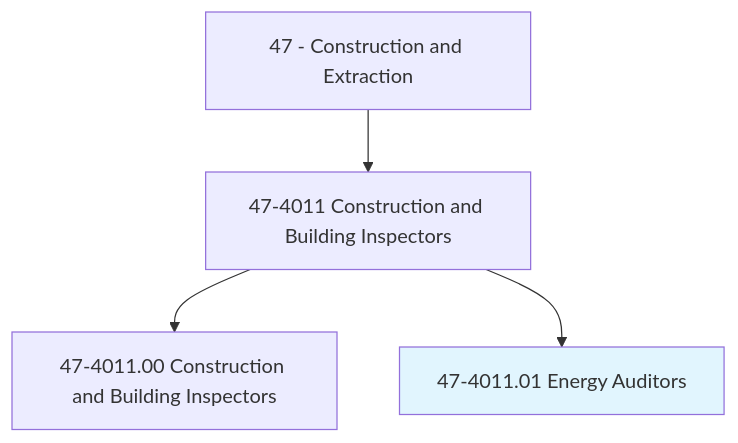
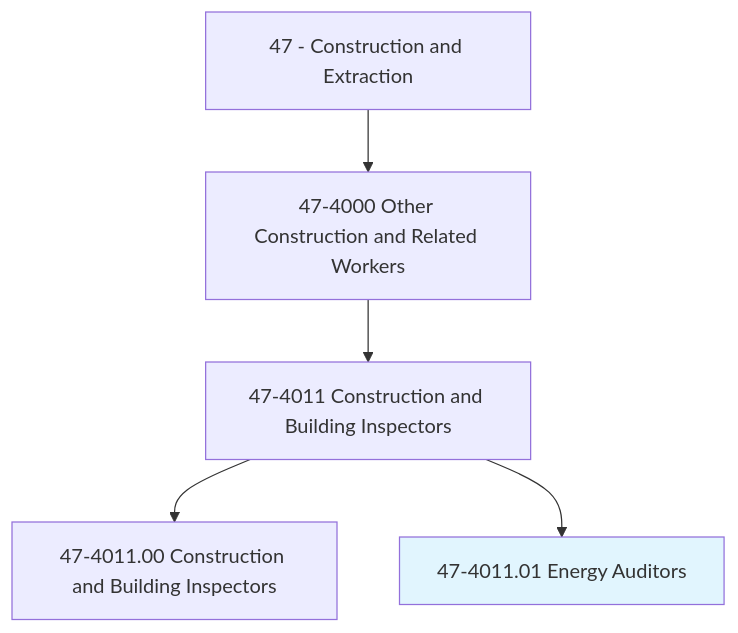
The first of 4 diagrams in occupations/Construction/EnergyAuditors.mdx (kziemski/business.org.ai), drawn with Mermaid before and after one commit. The commit also changed other lines of this file and 938 other files, not shown here.

````diff
--- a/occupations/Construction/EnergyAuditors.mdx
+++ b/occupations/Construction/EnergyAuditors.mdx
@@ -19,7 +23,8 @@
 ```mermaid
 graph TD
-    Cat47["47 - Construction and Extraction"] --> Group474011["47-4011 Construction and Building Inspectors"]
-    Group474011 --> Base["47-4011.00 Construction and Building Inspectors"]
-    Group474011 --> Current["47-4011.01 Energy Auditors"]
+    Cat47["47 - Construction and Extraction"] --> Group474["47-4000 Other Construction and Related Workers"]
+    Group474 --> Group4740["47-4011 Construction and Building Inspectors"]
+    Group4740 --> Base["47-4011.00 Construction and Building Inspectors"]
+    Group4740 --> Current["47-4011.01 Energy Auditors"]
     style Current fill:#e1f5fe
 ```
````
